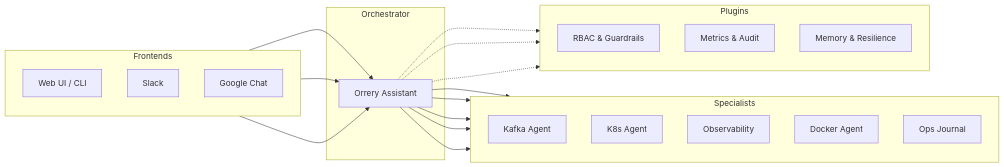
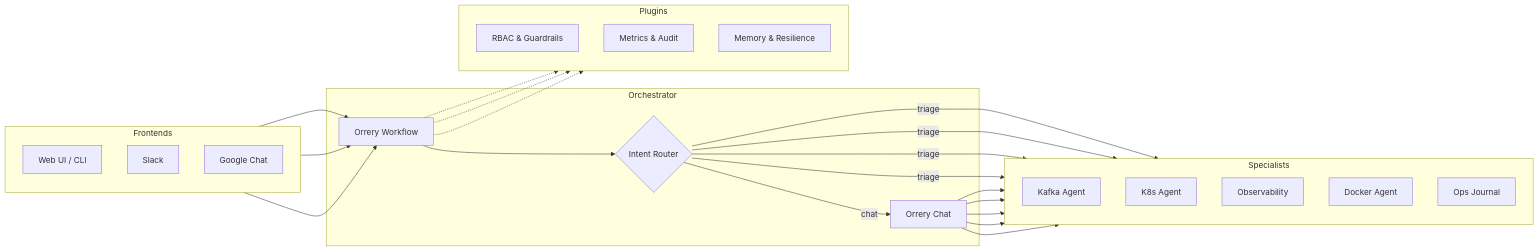
Before and after one commit to BAHALLA/ai-agents: the diagram in docs/index.md, drawn with Mermaid. The commit also changed 43 other files, not shown here.

First line of the commit message:
refactor(core): remove deprecated agent factories and update docs to ADK 2.0 graph workflow

````diff
--- a/docs/index.md
+++ b/docs/index.md
@@ -51,43 +51,43 @@
 ```mermaid
 graph LR
     subgraph Frontends
         direction TB
         WEB[Web UI / CLI]
         SLACK[Slack]
         GCHAT[Google Chat]
     end
 
     subgraph Orchestrator
-        ROOT[Orrery Assistant]
+        ROOT[Orrery Workflow]
+        ROUTER{Intent Router}
+        CHAT[Orrery Chat]
     end
 
     subgraph Specialists
         direction TB
         KAFKA[Kafka Agent]
         K8S[K8s Agent]
         OBS[Observability]
         DOCKER[Docker Agent]
         JOURNAL[Ops Journal]
     end
 
     subgraph Plugins
         direction TB
         P1[RBAC & Guardrails]
         P2[Metrics & Audit]
         P3[Memory & Resilience]
     end
 
     WEB --> ROOT
     SLACK --> ROOT
     GCHAT --> ROOT
-
-    ROOT --> KAFKA
-    ROOT --> K8S
-    ROOT --> OBS
-    ROOT --> DOCKER
-    ROOT --> JOURNAL
+    ROOT --> ROUTER
+    ROUTER -- "chat" --> CHAT
+    ROUTER -- "triage" --> KAFKA & K8S & OBS & DOCKER
+    CHAT --> KAFKA & K8S & OBS & DOCKER & JOURNAL
 
     ROOT -.-> P1
     ROOT -.-> P2
     ROOT -.-> P3
 ```
````
